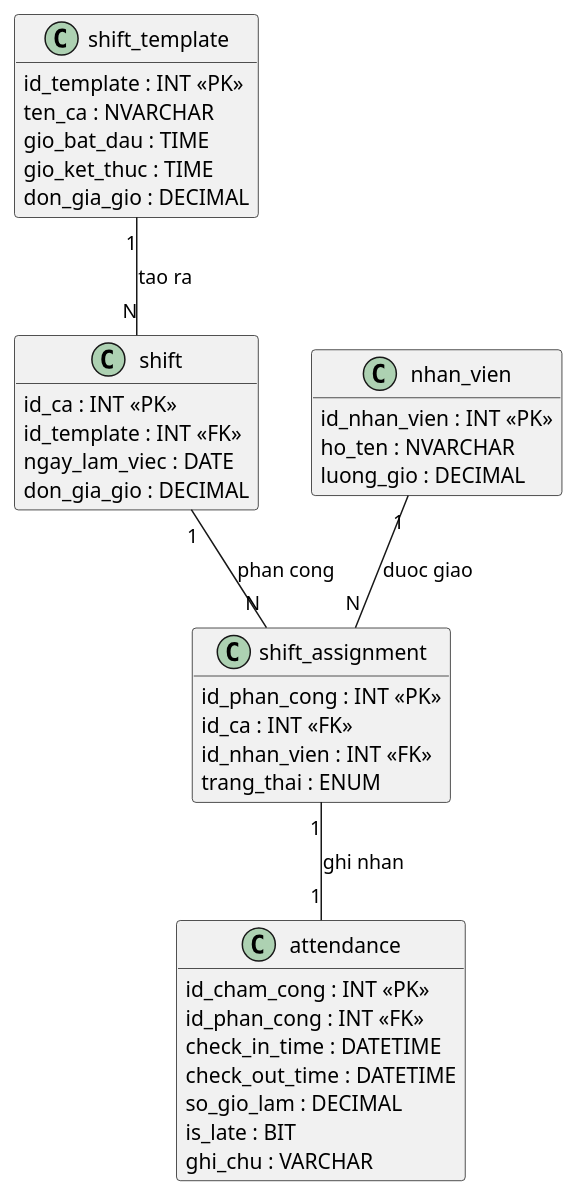
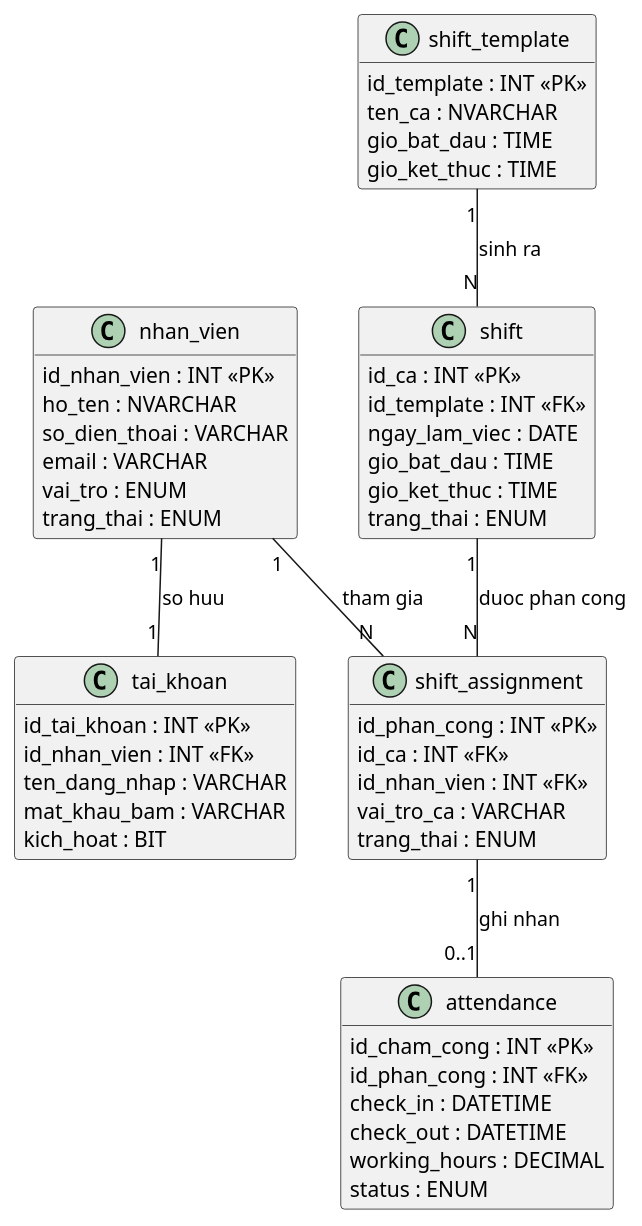
The second of 2 diagrams in chapters/Ch04_CHƯƠNG_2_THIẾT_KẾ_KIẾN_TRÚC_VÀ_CƠ_SỞ_DỮ.md (Elkayee/doc-automation-suite), drawn with PlantUML before and after one commit. The commit also changed other lines of this file and 5 other files, not shown here.

````diff
--- a/chapters/Ch04_CHƯƠNG_2_THIẾT_KẾ_KIẾN_TRÚC_VÀ_CƠ_SỞ_DỮ.md
+++ b/chapters/Ch04_CHƯƠNG_2_THIẾT_KẾ_KIẾN_TRÚC_VÀ_CƠ_SỞ_DỮ.md
@@ -80,49 +178,62 @@
 ```plantuml
 @startuml
 hide methods
 hide stereotypes
+
+class nhan_vien {
+  id_nhan_vien : INT <<PK>>
+  ho_ten : NVARCHAR
+  so_dien_thoai : VARCHAR
+  email : VARCHAR
+  vai_tro : ENUM
+  trang_thai : ENUM
+}
+
+class tai_khoan {
+  id_tai_khoan : INT <<PK>>
+  id_nhan_vien : INT <<FK>>
+  ten_dang_nhap : VARCHAR
+  mat_khau_bam : VARCHAR
+  kich_hoat : BIT
+}
 
 class shift_template {
   id_template : INT <<PK>>
   ten_ca : NVARCHAR
   gio_bat_dau : TIME
   gio_ket_thuc : TIME
-  don_gia_gio : DECIMAL
 }
 
 class shift {
   id_ca : INT <<PK>>
   id_template : INT <<FK>>
   ngay_lam_viec : DATE
-  don_gia_gio : DECIMAL
+  gio_bat_dau : TIME
+  gio_ket_thuc : TIME
+  trang_thai : ENUM
 }
 
 class shift_assignment {
   id_phan_cong : INT <<PK>>
   id_ca : INT <<FK>>
   id_nhan_vien : INT <<FK>>
+  vai_tro_ca : VARCHAR
   trang_thai : ENUM
 }
 
 class attendance {
   id_cham_cong : INT <<PK>>
   id_phan_cong : INT <<FK>>
-  check_in_time : DATETIME
-  check_out_time : DATETIME
-  so_gio_lam : DECIMAL
-  is_late : BIT
-  ghi_chu : VARCHAR
+  check_in : DATETIME
+  check_out : DATETIME
+  working_hours : DECIMAL
+  status : ENUM
 }
 
-class nhan_vien {
-  id_nhan_vien : INT <<PK>>
-  ho_ten : NVARCHAR
-  luong_gio : DECIMAL
-}
-
-shift_template "1" -- "N" shift : tao ra
-shift "1" -- "N" shift_assignment : phan cong
-nhan_vien "1" -- "N" shift_assignment : duoc giao
-shift_assignment "1" -- "1" attendance : ghi nhan
+nhan_vien "1" -- "1" tai_khoan : so huu
+shift_template "1" -- "N" shift : sinh ra
+shift "1" -- "N" shift_assignment : duoc phan cong
+nhan_vien "1" -- "N" shift_assignment : tham gia
+shift_assignment "1" -- "0..1" attendance : ghi nhan
 @enduml
 ```
````
